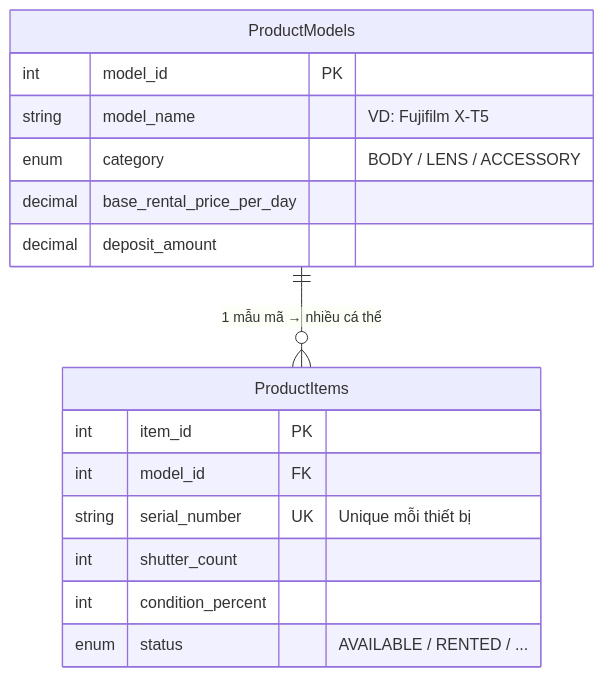
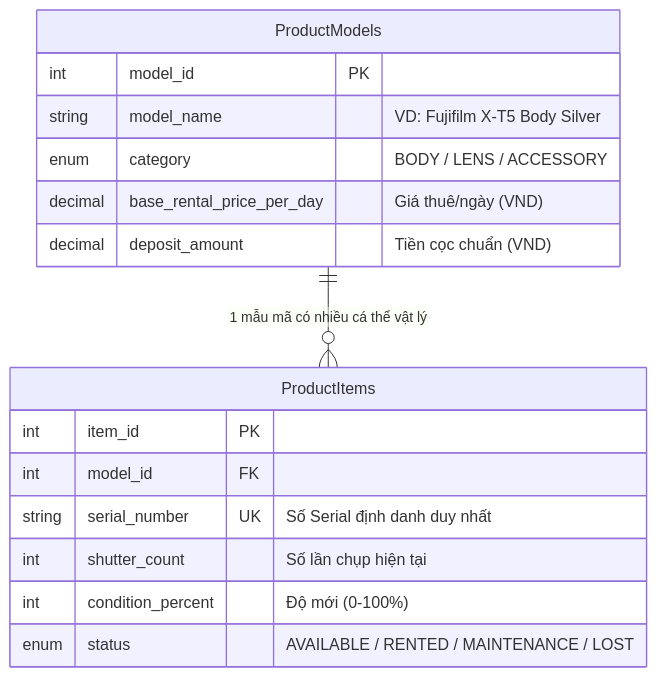
The first of 7 diagrams in README.md (Duynguyen1108i3/refuji), drawn with Mermaid before and after one commit. The commit also changed other lines of this file and 1 other file, not shown here.

````diff
--- a/README.md
+++ b/README.md
@@ -51,19 +69,19 @@
 ```mermaid
 erDiagram
-    ProductModels ||--o{ ProductItems : "1 mẫu mã → nhiều cá thể"
+    ProductModels ||--o{ ProductItems : "1 mẫu mã có nhiều cá thể vật lý"
     ProductModels {
         int model_id PK
-        string model_name "VD: Fujifilm X-T5"
+        string model_name "VD: Fujifilm X-T5 Body Silver"
         enum category "BODY / LENS / ACCESSORY"
-        decimal base_rental_price_per_day
-        decimal deposit_amount
+        decimal base_rental_price_per_day "Giá thuê/ngày (VND)"
+        decimal deposit_amount "Tiền cọc chuẩn (VND)"
     }
     ProductItems {
         int item_id PK
         int model_id FK
-        string serial_number UK "Unique mỗi thiết bị"
-        int shutter_count
-        int condition_percent
-        enum status "AVAILABLE / RENTED / ..."
+        string serial_number UK "Số Serial định danh duy nhất"
+        int shutter_count "Số lần chụp hiện tại"
+        int condition_percent "Độ mới (0-100%)"
+        enum status "AVAILABLE / RENTED / MAINTENANCE / LOST"
     }
 ```
````
